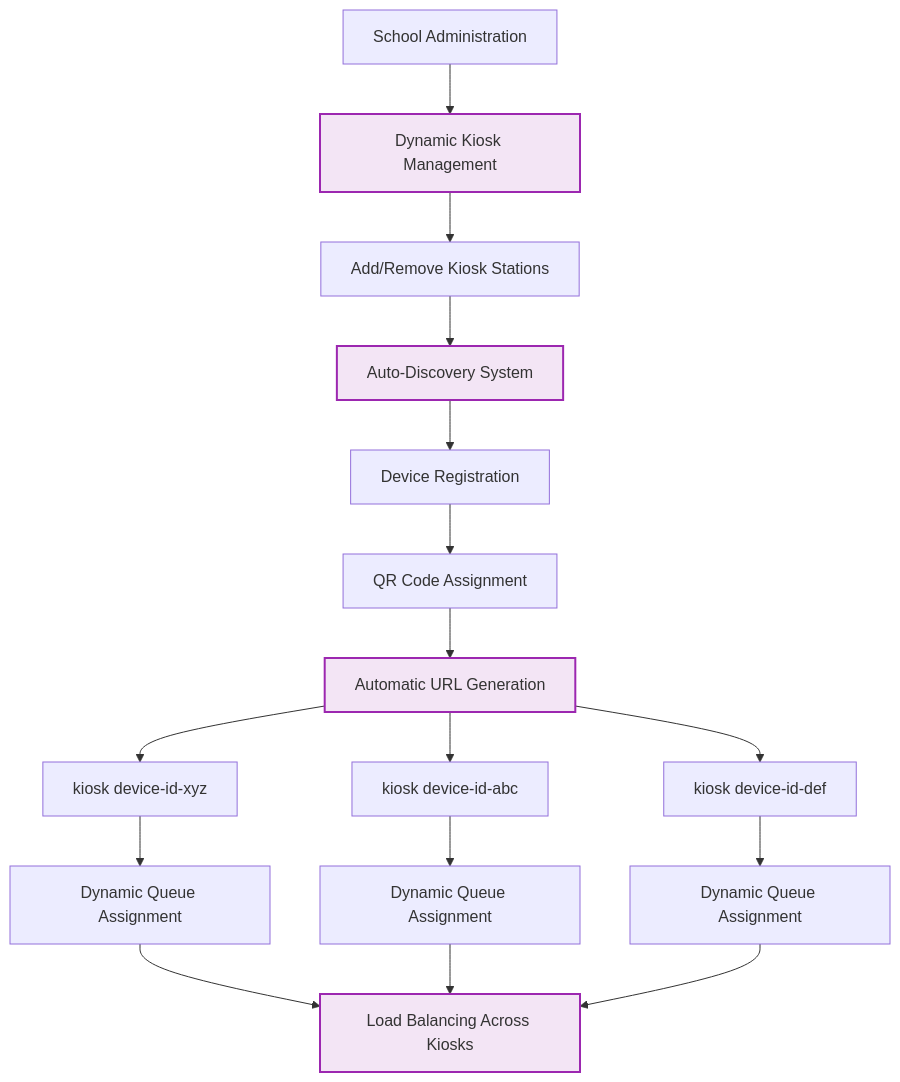
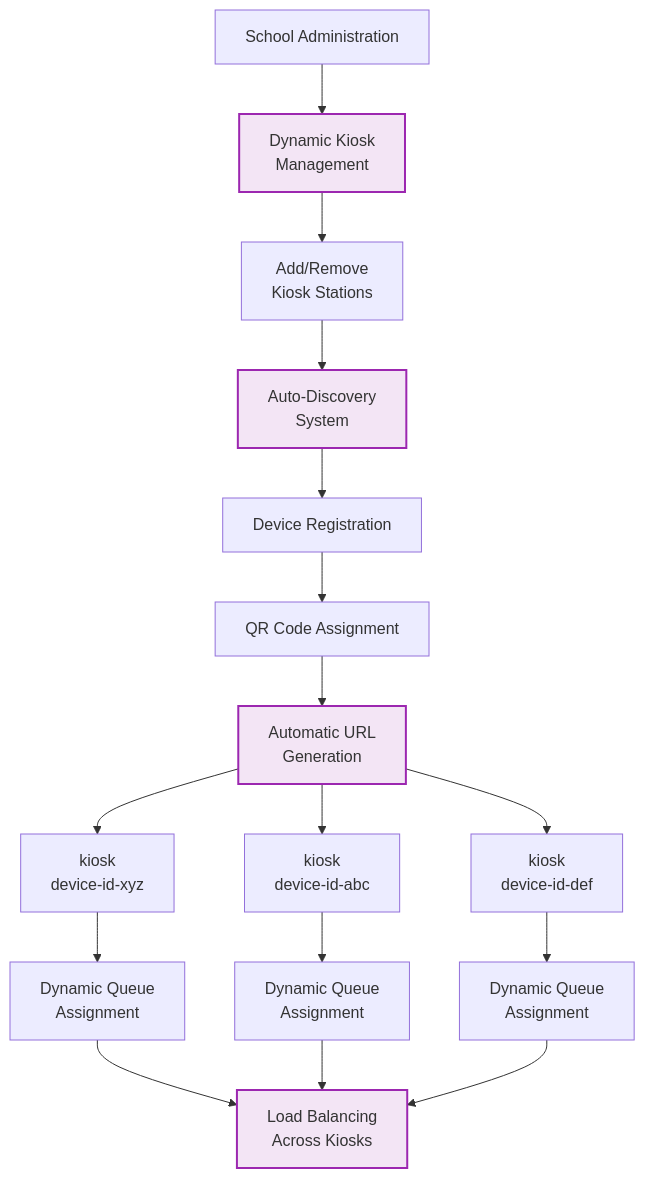
One commit to Splurfa/bx-os changed the first of 4 diagrams in docs/flowcharts/Future-Vision/09-scalable-single-school-architecture.md. Above: the diagram before and after it, drawn with Mermaid. The commit also changed 11 other files, not shown here.

Commit message:
Fix flowchart text wrapping

````diff
--- a/docs/flowcharts/Future-Vision/09-scalable-single-school-architecture.md
+++ b/docs/flowcharts/Future-Vision/09-scalable-single-school-architecture.md
@@ -7,27 +7,27 @@
 ```mermaid
 flowchart TD
-    A[School Administration] --> B[Dynamic Kiosk Management]
-    B --> C[Add/Remove Kiosk Stations]
-    C --> D[Auto-Discovery System]
+    A[School Administration] --> B[Dynamic Kiosk<br/>Management]
+    B --> C[Add/Remove<br/>Kiosk Stations]
+    C --> D[Auto-Discovery<br/>System]
     
     D --> E[Device Registration]
     E --> F[QR Code Assignment]
-    F --> G[Automatic URL Generation]
+    F --> G[Automatic URL<br/>Generation]
     
-    G --> H[kiosk device-id-xyz]
-    G --> I[kiosk device-id-abc]
-    G --> J[kiosk device-id-def]
+    G --> H[kiosk<br/>device-id-xyz]
+    G --> I[kiosk<br/>device-id-abc]
+    G --> J[kiosk<br/>device-id-def]
     
-    H --> K[Dynamic Queue Assignment]
-    I --> L[Dynamic Queue Assignment]
-    J --> M[Dynamic Queue Assignment]
+    H --> K[Dynamic Queue<br/>Assignment]
+    I --> L[Dynamic Queue<br/>Assignment]
+    J --> M[Dynamic Queue<br/>Assignment]
     
-    K --> N[Load Balancing Across Kiosks]
+    K --> N[Load Balancing<br/>Across Kiosks]
     L --> N
     M --> N
     
     style B fill:#f3e5f5,stroke:#9c27b0,stroke-width:2px
     style D fill:#f3e5f5,stroke:#9c27b0,stroke-width:2px
     style G fill:#f3e5f5,stroke:#9c27b0,stroke-width:2px
     style N fill:#f3e5f5,stroke:#9c27b0,stroke-width:2px
 ```
````
